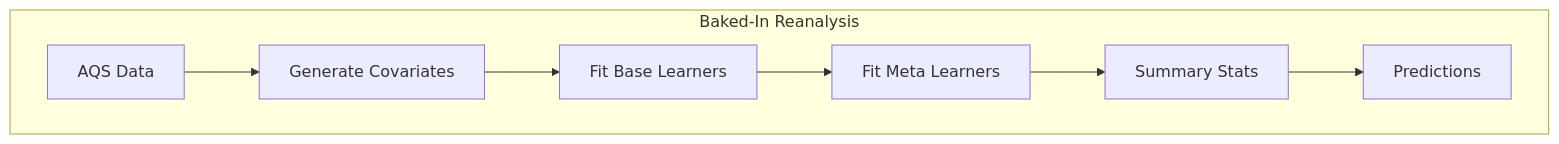
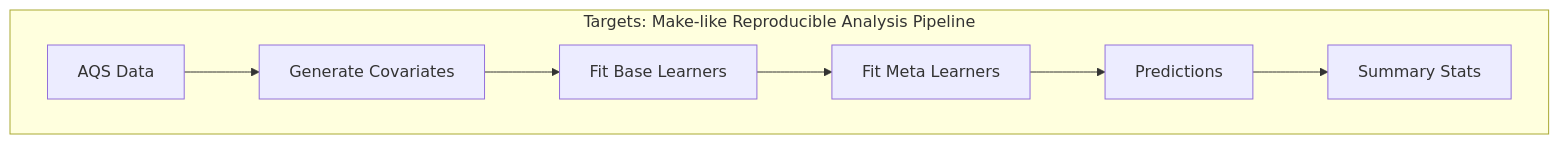
One commit to NIEHS/beethoven changed the first of 2 diagrams in README.md. Above: the diagram before and after it, drawn with Mermaid. The commit also changed other lines of this file, not shown here.

````diff
--- a/README.md
+++ b/README.md
@@ -24,8 +24,8 @@
 ```mermaid
 
 flowchart LR
-    subgraph "Baked-In Reanalysis"
+    subgraph "Targets: Make-like Reproducible Analysis Pipeline"
     direction LR
-    A[AQS Data] --> B[Generate Covariates]--> C[Fit Base Learners]-->D[Fit Meta Learners]-->E[Summary Stats]-->F[Predictions]
+    A[AQS Data] --> B[Generate Covariates]--> C[Fit Base Learners]-->D[Fit Meta Learners]-->E[Predictions]-->F[Summary Stats]
     end
 ```
````
